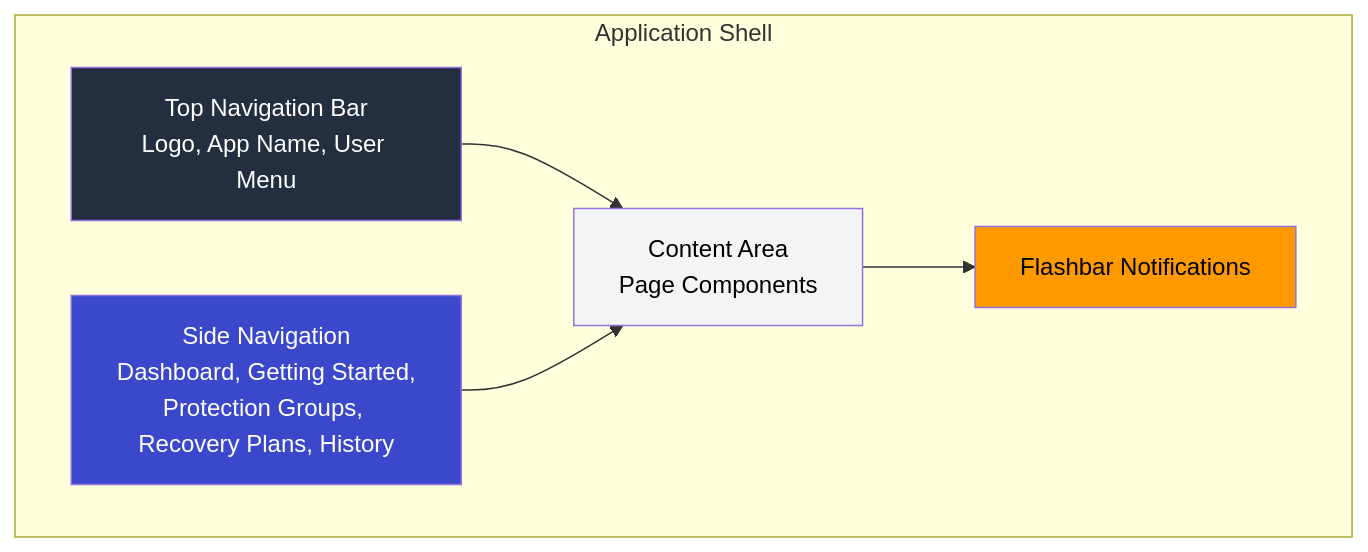
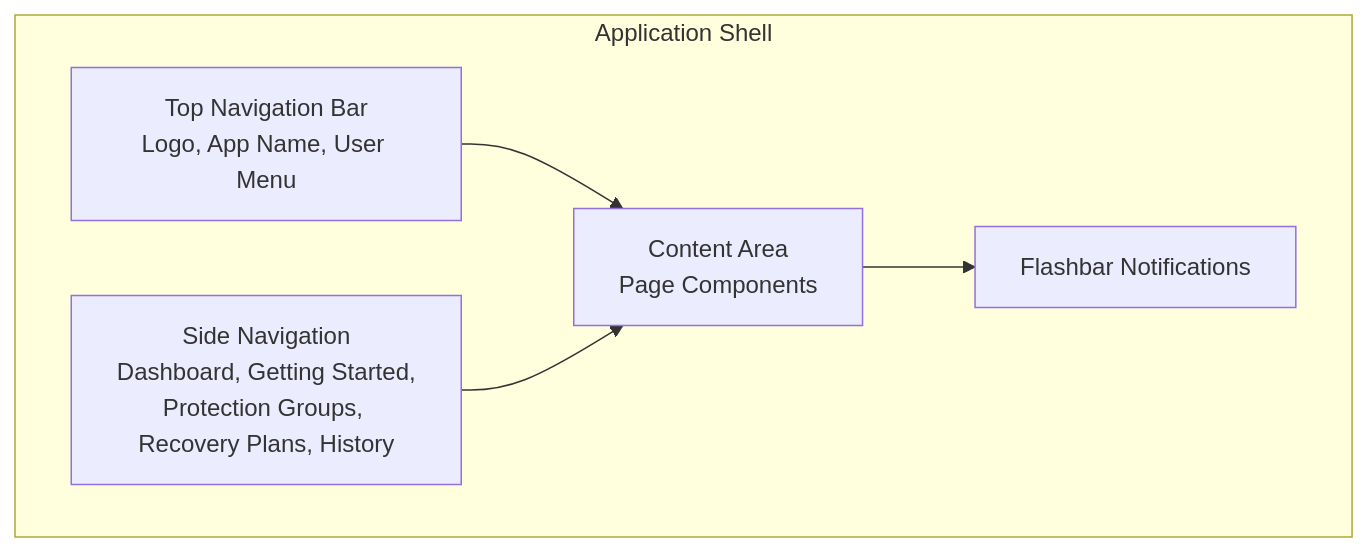
Before and after one commit to johnjcousens/aws-elasticdrs-orchestrator: the first of 13 diagrams in docs/requirements/UX_UI_DESIGN_SPECIFICATIONS.md, drawn with Mermaid. The commit also changed other lines of this file and 15 other files, not shown here.

````diff
--- a/docs/requirements/UX_UI_DESIGN_SPECIFICATIONS.md
+++ b/docs/requirements/UX_UI_DESIGN_SPECIFICATIONS.md
@@ -54,18 +272,13 @@
 ```mermaid
 flowchart TB
     subgraph AppShell ["Application Shell"]
         TopNav["Top Navigation Bar<br/>Logo, App Name, User Menu"]
         SideNav["Side Navigation<br/>Dashboard, Getting Started,<br/>Protection Groups, Recovery Plans, History"]
         Content["Content Area<br/>Page Components"]
         Notifications["Flashbar Notifications"]
     end
     
     TopNav --> Content
     SideNav --> Content
     Content --> Notifications
-    
-    style TopNav fill:#232F3E,color:#fff
-    style SideNav fill:#3B48CC,color:#fff
-    style Content fill:#F3F4F6,color:#000
-    style Notifications fill:#FF9900,color:#000
 ```
````
